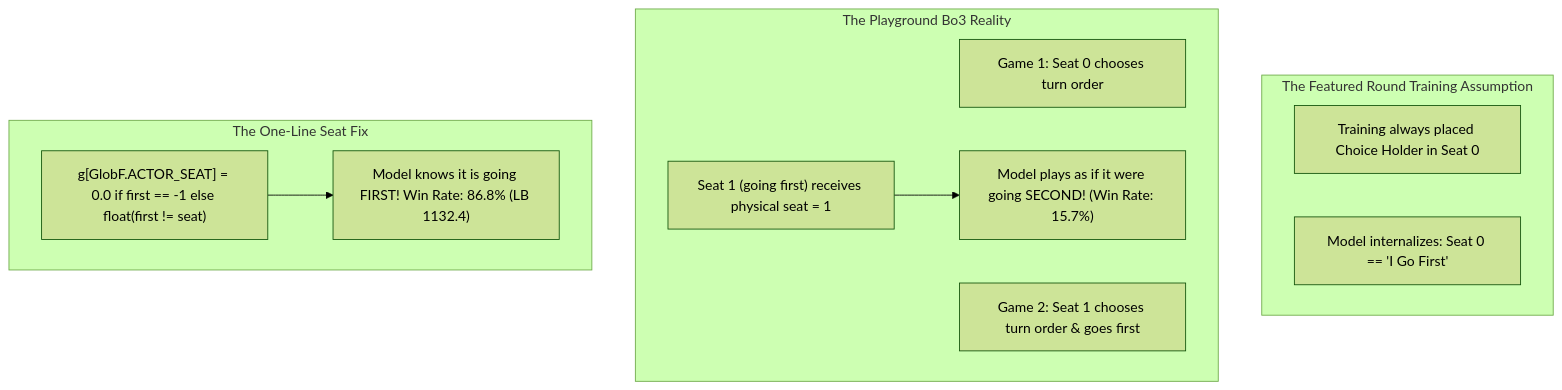
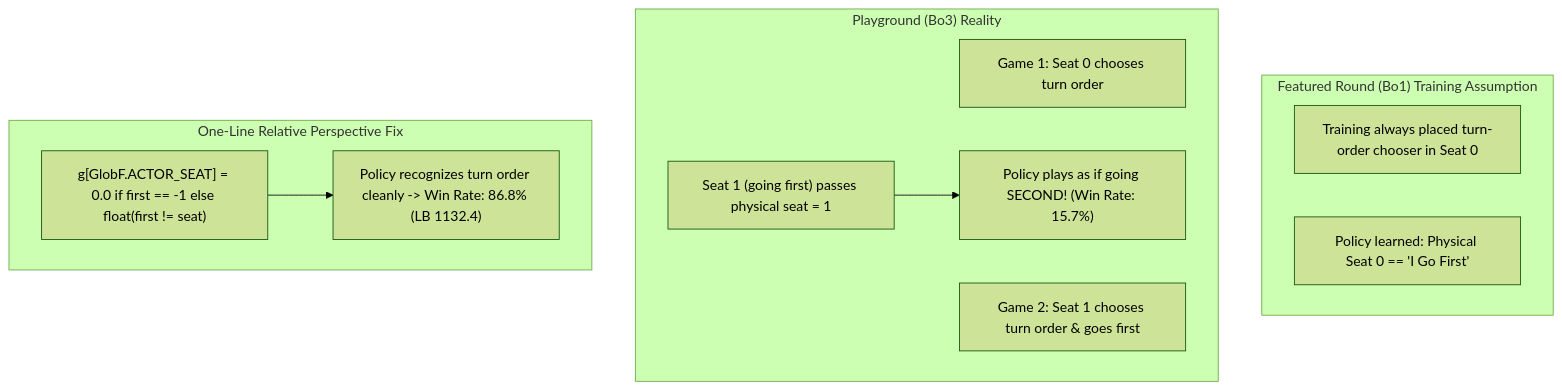
Before and after one commit to kei-kochiya/kaggle-skills: the diagram in Handbook/reinforcement-learning/pokemon-tcg-playground.md, drawn with Mermaid (forest theme). The commit also changed other lines of this file and 20 other files, not shown here.

````diff
--- a/Handbook/reinforcement-learning/pokemon-tcg-playground.md
+++ b/Handbook/reinforcement-learning/pokemon-tcg-playground.md
@@ -56,19 +53,19 @@
 ```mermaid
 flowchart TD
-    subgraph Bug["The Featured Round Training Assumption"]
-        T_Seat0["Training always placed Choice Holder in Seat 0"]
-        T_Model["Model internalizes: Seat 0 == 'I Go First'"]
+    subgraph Featured["Featured Round (Bo1) Training Assumption"]
+        T_Seat0["Training always placed turn-order chooser in Seat 0"]
+        T_Model["Policy learned: Physical Seat 0 == 'I Go First'"]
     end
 
-    subgraph Playground["The Playground Bo3 Reality"]
+    subgraph Playground["Playground (Bo3) Reality"]
         G1["Game 1: Seat 0 chooses turn order"]
         G2["Game 2: Seat 1 chooses turn order & goes first"]
-        Fail["Seat 1 (going first) receives physical seat = 1"]
-        Fail --> Collapse["Model plays as if it were going SECOND! (Win Rate: 15.7%)"]
+        Fail["Seat 1 (going first) passes physical seat = 1"]
+        Fail --> Collapse["Policy plays as if going SECOND! (Win Rate: 15.7%)"]
     end
 
-    subgraph Fix["The One-Line Seat Fix"]
+    subgraph Fix["One-Line Relative Perspective Fix"]
         Code["g[GlobF.ACTOR_SEAT] = 0.0 if first == -1 else float(first != seat)"]
-        Code --> Surge["Model knows it is going FIRST! Win Rate: 86.8% (LB 1132.4)"]
+        Code --> Surge["Policy recognizes turn order cleanly -> Win Rate: 86.8% (LB 1132.4)"]
     end
 ```
````
